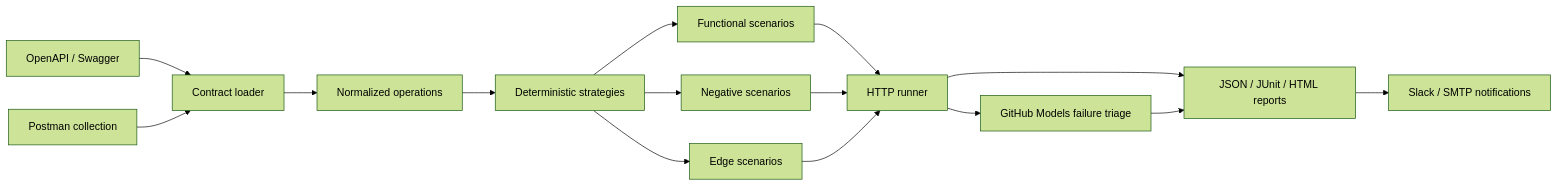
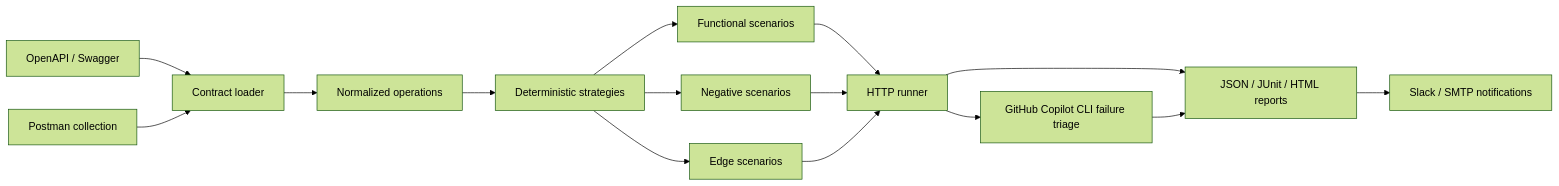
One commit to MiguelElGallo/api-test-pilot changed the diagram in docs/architecture.md. Above: the diagram before and after it, drawn with Mermaid (forest theme). The commit also changed other lines of this file and 6 other files, not shown here.

Commit message:
Replace retired Models API with Copilot CLI

````diff
--- a/docs/architecture.md
+++ b/docs/architecture.md
@@ -7,17 +7,17 @@
 ```mermaid
 flowchart LR
     A["OpenAPI / Swagger"] --> L["Contract loader"]
     B["Postman collection"] --> L
     L --> N["Normalized operations"]
     N --> G["Deterministic strategies"]
     G --> F["Functional scenarios"]
     G --> X["Negative scenarios"]
     G --> E["Edge scenarios"]
     F --> R["HTTP runner"]
     X --> R
     E --> R
     R --> O["JSON / JUnit / HTML reports"]
-    R --> AI["GitHub Models failure triage"]
+    R --> AI["GitHub Copilot CLI failure triage"]
     O --> S["Slack / SMTP notifications"]
     AI --> O
 ```
````
